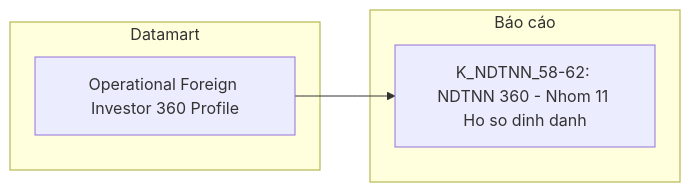
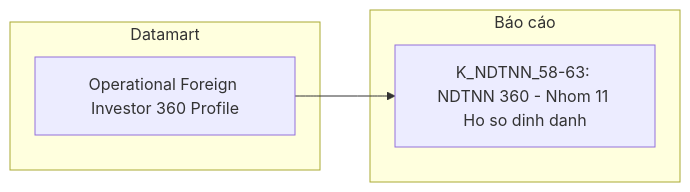
One commit to linhlvit/ubck_atomic_design changed diagram 17 of 26 in Datamart/hld/DTM_NDTNN_HLD.md. Above: the diagram before and after it, drawn with Mermaid. The commit also changed other lines of this file and 12 other files, not shown here.

````diff
--- a/Datamart/hld/DTM_NDTNN_HLD.md
+++ b/Datamart/hld/DTM_NDTNN_HLD.md
@@ -885,10 +885,10 @@
 ```mermaid
 flowchart LR
     subgraph Datamart["Datamart"]
         G1["Operational Foreign Investor 360 Profile"]
     end
     subgraph RPT["Báo cáo"]
-        R1["K_NDTNN_58-62: NDTNN 360 - Nhom 11 Ho so dinh danh"]
+        R1["K_NDTNN_58-63: NDTNN 360 - Nhom 11 Ho so dinh danh"]
     end
     G1 --> R1
 ```
````
